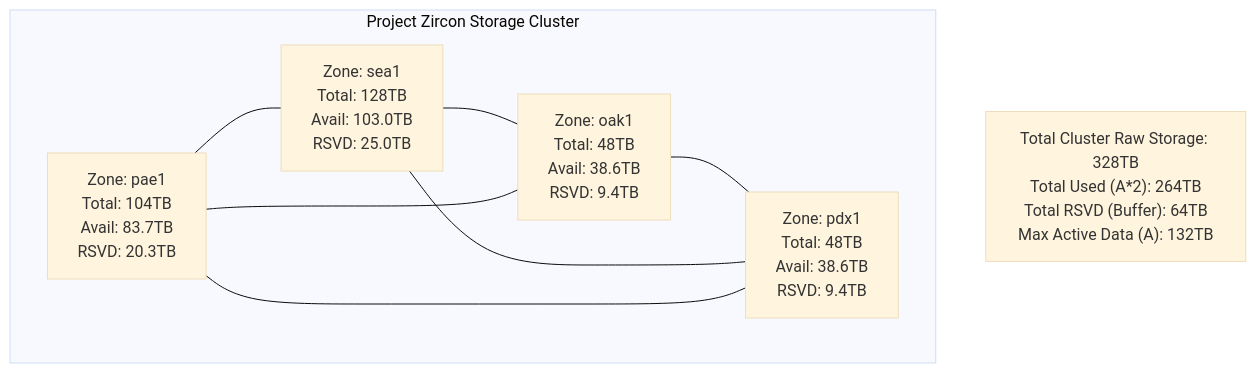
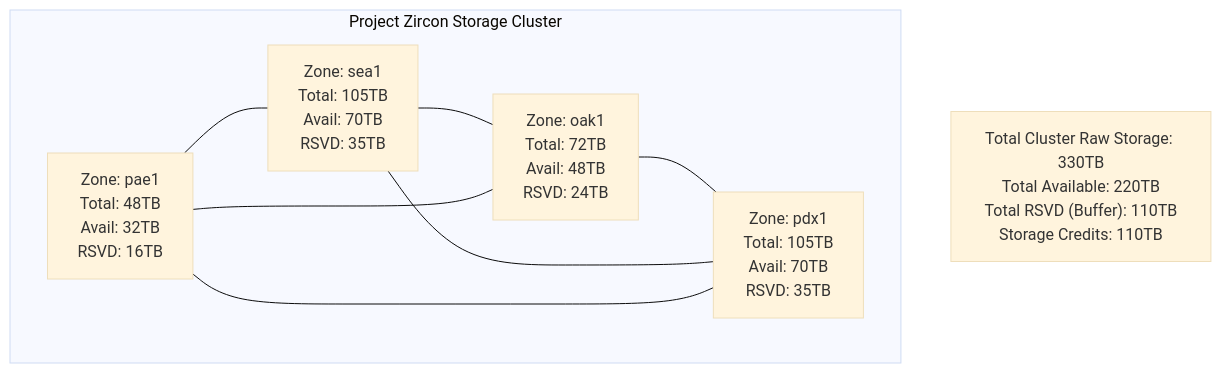
The first of 6 diagrams in README.md (dastron/storage-cluster), drawn with Mermaid (base theme) before and after one commit. The commit also changed other lines of this file, not shown here.

````diff
--- a/README.md
+++ b/README.md
@@ -113,19 +88,19 @@
 ```mermaid
 graph TD
     subgraph "Project Zircon Storage Cluster"
         direction LR
-        PAE1["Zone: pae1<br>Total: 104TB<br>Avail: 83.7TB<br>RSVD: 20.3TB"]
-        SEA1["Zone: sea1<br>Total: 128TB<br>Avail: 103.0TB<br>RSVD: 25.0TB"]
-        OAK1["Zone: oak1<br>Total: 48TB<br>Avail: 38.6TB<br>RSVD: 9.4TB"]
-        PDX1["Zone: pdx1<br>Total: 48TB<br>Avail: 38.6TB<br>RSVD: 9.4TB"]
+        PAE1["Zone: pae1<br>Total: 48TB<br>Avail: 32TB<br>RSVD: 16TB"]
+        SEA1["Zone: sea1<br>Total: 105TB<br>Avail: 70TB<br>RSVD: 35TB"]
+        OAK1["Zone: oak1<br>Total: 72TB<br>Avail: 48TB<br>RSVD: 24TB"]
+        PDX1["Zone: pdx1<br>Total: 105TB<br>Avail: 70TB<br>RSVD: 35TB"]
     end
     
     PAE1 --- SEA1
     SEA1 --- OAK1
     OAK1 --- PDX1
     PDX1 --- PAE1
     PAE1 --- OAK1
     SEA1 --- PDX1
 
-    ClusterTotal["Total Cluster Raw Storage: 328TB<br>Total Used (A*2): 264TB<br>Total RSVD (Buffer): 64TB<br>Max Active Data (A): 132TB"]
+    ClusterTotal["Total Cluster Raw Storage: 330TB<br>Total Available: 220TB<br>Total RSVD (Buffer): 110TB<br>Storage Credits: 110TB"]
 ```
````
